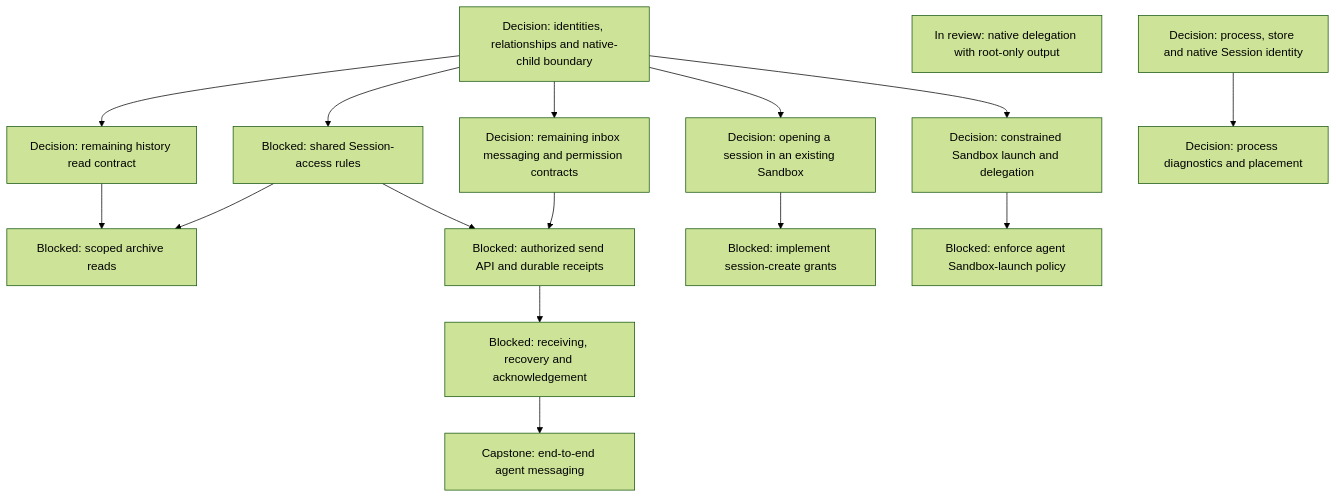
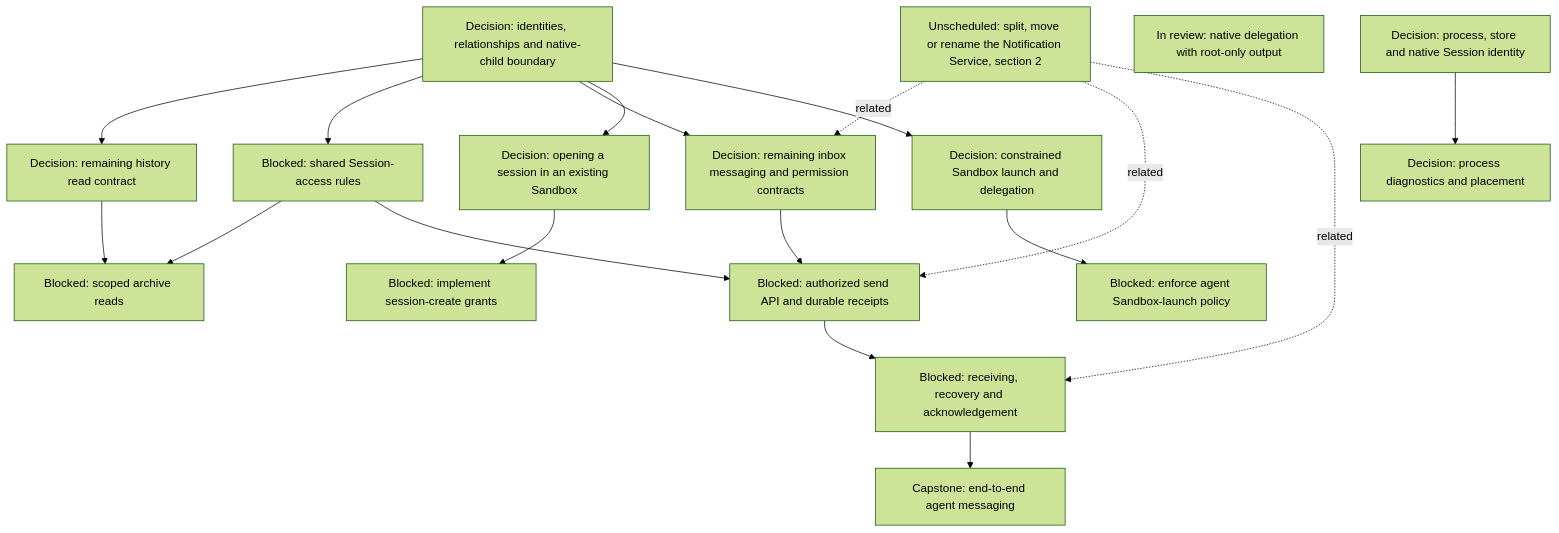
One commit to agentydragon/ducktape changed the fifth of 16 diagrams in agentplane/plans/task_dag.md. Above: the diagram before and after it, drawn with Mermaid (forest theme). The commit also changed other lines of this file, not shown here.

First line of the commit message:
DAG: restructuring the Notification Service's responsibilities

````diff
--- a/agentplane/plans/task_dag.md
+++ b/agentplane/plans/task_dag.md
@@ -209,32 +233,35 @@
 ```mermaid
 flowchart TD
     MULTIAGENT_MODEL[Decision: identities, relationships and native-child boundary]
     SESSION_ACCESS_RULES[Blocked: shared Session-access rules]
     THREAD_READ_POLICY_DESIGN[Decision: remaining history read contract]
     THREAD_READ_POLICY[Blocked: scoped archive reads]
     AGENT_MESSAGING_DESIGN[Decision: remaining inbox messaging and permission contracts]
     AGENT_MESSAGE_INGRESS[Blocked: authorized send API and durable receipts]
     AGENT_MESSAGE_RECEPTION[Blocked: receiving, recovery and acknowledgement]
     AGENT_MESSAGING[Capstone: end-to-end agent messaging]
     THREAD_CREATE_POLICY[Decision: opening a session in an existing Sandbox]
     THREAD_CREATE_AUTHORIZATION[Blocked: implement session-create grants]
     AGENT_LAUNCH_POLICY_DESIGN[Decision: constrained Sandbox launch and delegation]
     AGENT_SANDBOX_LAUNCH[Blocked: enforce agent Sandbox-launch policy]
     MULTIAGENT_MODEL --> THREAD_READ_POLICY_DESIGN
     MULTIAGENT_MODEL --> SESSION_ACCESS_RULES
     MULTIAGENT_MODEL --> AGENT_MESSAGING_DESIGN
     MULTIAGENT_MODEL --> THREAD_CREATE_POLICY
     MULTIAGENT_MODEL --> AGENT_LAUNCH_POLICY_DESIGN
     THREAD_READ_POLICY_DESIGN --> THREAD_READ_POLICY
     SESSION_ACCESS_RULES --> THREAD_READ_POLICY
     SESSION_ACCESS_RULES --> AGENT_MESSAGE_INGRESS
     AGENT_MESSAGING_DESIGN --> AGENT_MESSAGE_INGRESS
     AGENT_MESSAGE_INGRESS --> AGENT_MESSAGE_RECEPTION
+    NOTIFICATION_SERVICE_SPLIT[Unscheduled: split, move or rename the Notification Service, section 2] -. related .-> AGENT_MESSAGING_DESIGN
+    NOTIFICATION_SERVICE_SPLIT -. related .-> AGENT_MESSAGE_INGRESS
+    NOTIFICATION_SERVICE_SPLIT -. related .-> AGENT_MESSAGE_RECEPTION
     AGENT_MESSAGE_RECEPTION --> AGENT_MESSAGING
     THREAD_CREATE_POLICY --> THREAD_CREATE_AUTHORIZATION
     AGENT_LAUNCH_POLICY_DESIGN --> AGENT_SANDBOX_LAUNCH
     NATIVE_SUBAGENT_ENABLE[In review: native delegation with root-only output]
     RUNNER_HARNESS_OBJECTS_DESIGN[Decision: process diagnostics and placement]
     HARNESS_IDENTITY_DESIGN[Decision: process, store and native Session identity]
     HARNESS_IDENTITY_DESIGN --> RUNNER_HARNESS_OBJECTS_DESIGN
 ```
````
